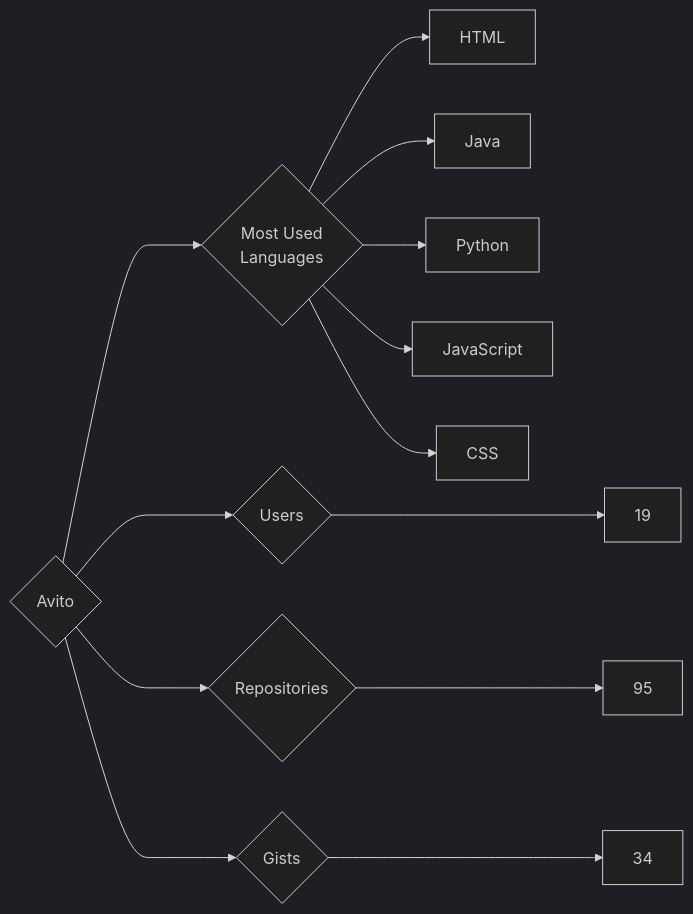
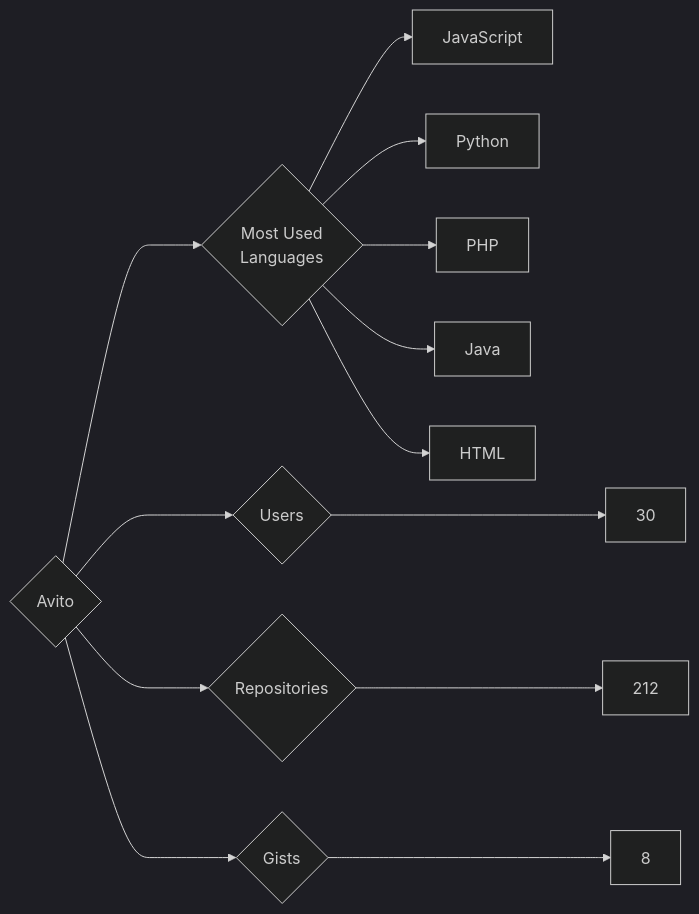
The diagram in targets/Avito/README.md (trickest/insiders), drawn with Mermaid (dark theme) before and after one commit. The commit also changed 775 other files, not shown here.

````diff
--- a/targets/Avito/README.md
+++ b/targets/Avito/README.md
@@ -3,13 +3,13 @@
 ```mermaid
 graph LR
 COMPANY_NAME{Avito}
-COMPANY_NAME ---> U{Users} ---> UN[19]
-COMPANY_NAME ---> R{Repositories} ---> RN[95]
-COMPANY_NAME ---> G{Gists} ---> GN[34]
+COMPANY_NAME ---> U{Users} ---> UN[30]
+COMPANY_NAME ---> R{Repositories} ---> RN[212]
+COMPANY_NAME ---> G{Gists} ---> GN[8]
 COMPANY_NAME ---> ML{Most Used<br>Languages}
+ML --> JavaScript[JavaScript]
+ML --> Python[Python]
+ML --> PHP[PHP]
+ML --> Java[Java]
 ML --> HTML[HTML]
-ML --> Java[Java]
-ML --> Python[Python]
-ML --> JavaScript[JavaScript]
-ML --> CSS[CSS]
 ```
````
